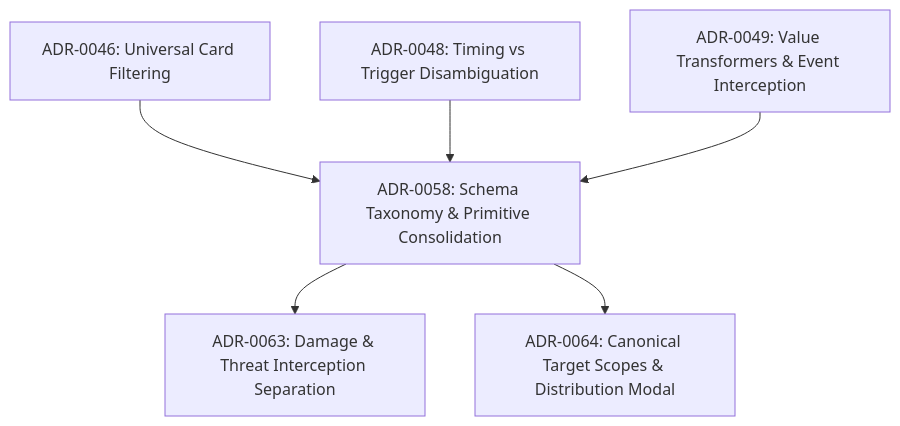
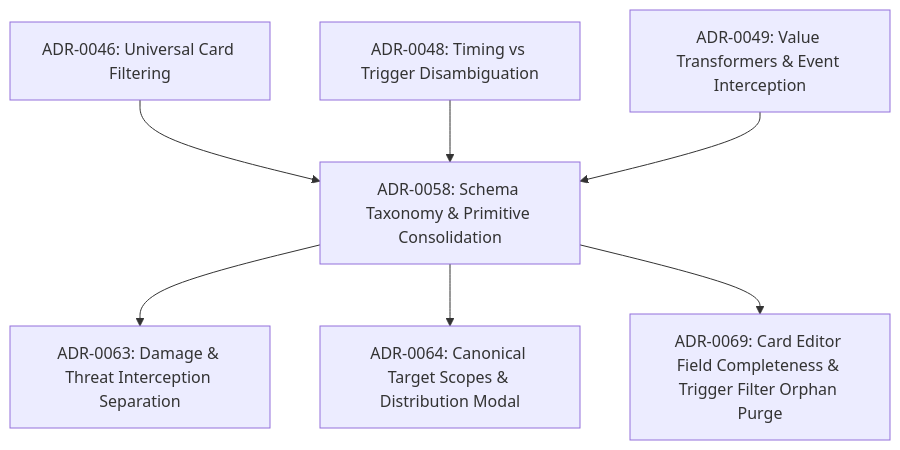
The fourth of 5 diagrams in docs/decisions/README.md (SteveRodrigue/MCD), drawn with Mermaid before and after one commit. The commit also changed other lines of this file and 21 other files, not shown here.

First line of the commit message:
fix(editor): Complete field binding & fix Powered Gauntlets (Fixes #139)

````diff
--- a/docs/decisions/README.md
+++ b/docs/decisions/README.md
@@ -52,8 +52,9 @@
 ```mermaid
 graph TD
     ADR46["ADR-0046: Universal Card Filtering"] --> ADR58["ADR-0058: Schema Taxonomy & Primitive Consolidation"]
     ADR48["ADR-0048: Timing vs Trigger Disambiguation"] --> ADR58
     ADR49["ADR-0049: Value Transformers & Event Interception"] --> ADR58
     ADR58 --> ADR63["ADR-0063: Damage & Threat Interception Separation"]
     ADR58 --> ADR64["ADR-0064: Canonical Target Scopes & Distribution Modal"]
+    ADR58 --> ADR69["ADR-0069: Card Editor Field Completeness & Trigger Filter Orphan Purge"]
 ```
````
